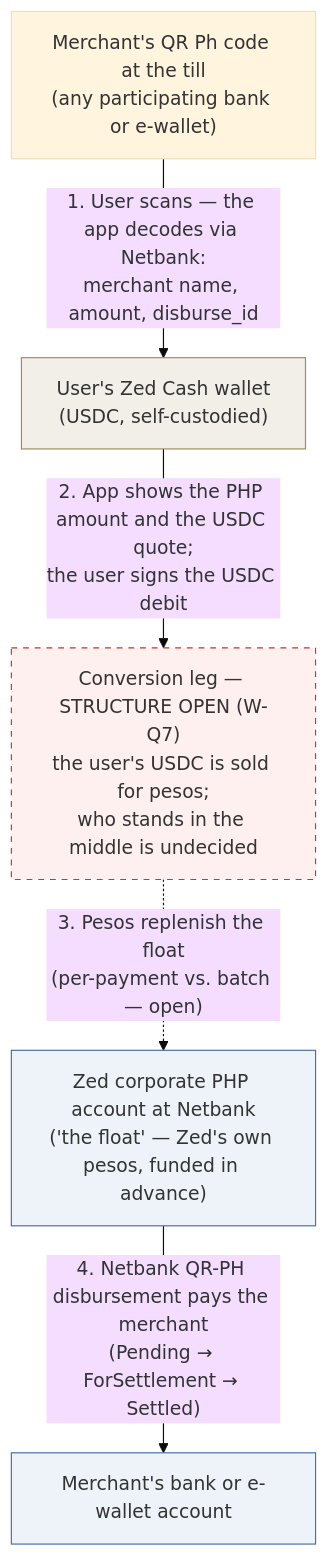
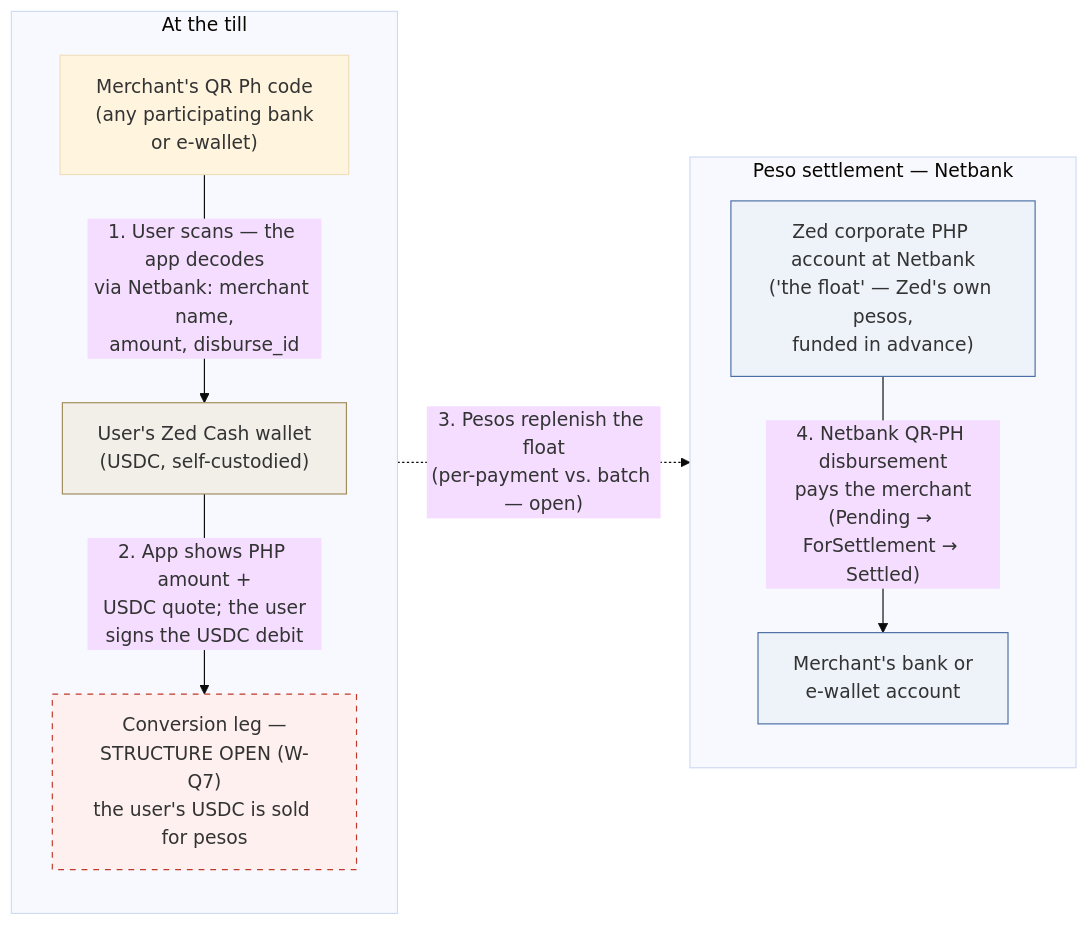
Before and after one commit to STAbraham/stablecoin-project: the second of 4 diagrams in tracks/d-wallet-first/prd.md, drawn with Mermaid (base theme). The commit also changed other lines of this file and 10 other files, not shown here.

Commit message:
M2 structure (c): user-owned Netbank Account-as-a-Service accounts; OPS analysis extended with the two clause-avoidance designs, each with a 2D two-lane funds-flow diagram; M2 diagram relaid as two-lane grid; W-Q7/8/9 updated; folded team-copy edits (handoff trim, W-Q reorder)

````diff
--- a/tracks/d-wallet-first/prd.md
+++ b/tracks/d-wallet-first/prd.md
@@ -86,18 +86,19 @@
 ```mermaid
-flowchart TD
-  M["Merchant's QR Ph code at the till<br/>(any participating bank or e-wallet)"]
-  U["User's Zed Cash wallet<br/>(USDC, self-custodied)"]
-  CV["Conversion leg — STRUCTURE OPEN (W-Q7)<br/>the user's USDC is sold for pesos;<br/>who stands in the middle is undecided"]
-  F["Zed corporate PHP account at Netbank<br/>('the float' — Zed's own pesos, funded in advance)"]
-  MB["Merchant's bank or e-wallet account"]
-  M -->|"1. User scans — the app decodes via Netbank:<br/>merchant name, amount, disburse_id"| U
-  U -->|"2. App shows the PHP amount and the USDC quote;<br/>the user signs the USDC debit"| CV
-  CV -.->|"3. Pesos replenish the float<br/>(per-payment vs. batch — open)"| F
-  F -->|"4. Netbank QR-PH disbursement pays the merchant<br/>(Pending → ForSettlement → Settled)"| MB
+flowchart LR
+  subgraph UL ["At the till"]
+    direction TB
+    M["Merchant's QR Ph code<br/>(any participating bank<br/>or e-wallet)"] -->|"1. User scans — the app decodes<br/>via Netbank: merchant name,<br/>amount, disburse_id"| U["User's Zed Cash wallet<br/>(USDC, self-custodied)"]
+    U -->|"2. App shows PHP amount +<br/>USDC quote; the user<br/>signs the USDC debit"| CV["Conversion leg —<br/>STRUCTURE OPEN (W-Q7)<br/>the user's USDC is sold for pesos"]
+  end
+  subgraph PL ["Peso settlement — Netbank"]
+    direction TB
+    F["Zed corporate PHP account at Netbank<br/>('the float' — Zed's own pesos,<br/>funded in advance)"] -->|"4. Netbank QR-PH disbursement<br/>pays the merchant<br/>(Pending → ForSettlement → Settled)"| MB["Merchant's bank or<br/>e-wallet account"]
+  end
+  UL -.->|"3. Pesos replenish the float<br/>(per-payment vs. batch — open)"| PL
   classDef user fill:#f2efe9,stroke:#a08c5b
   classDef bank fill:#eef3fa,stroke:#4a6fa5
   classDef open fill:#fdf0ef,stroke:#c0392b,stroke-dasharray: 5 5
   class U user
   class F,MB bank
   class CV open
 ```
````
